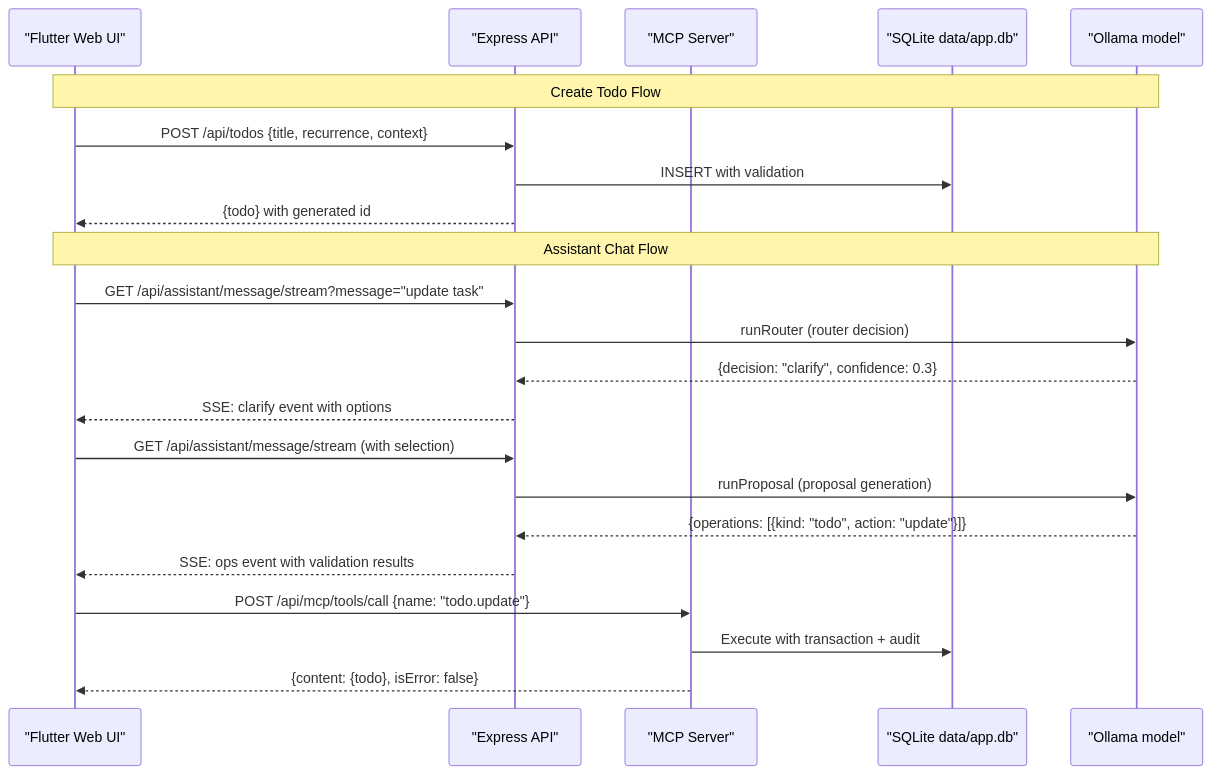
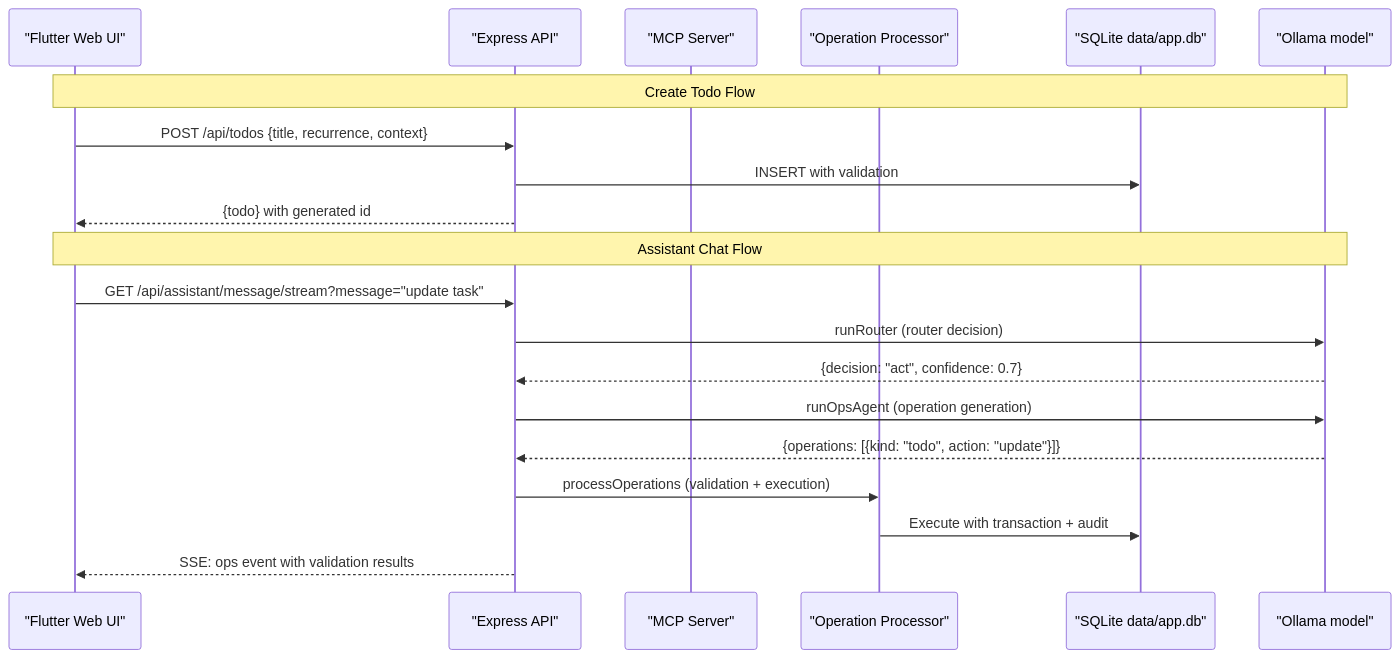
Before and after one commit to dantheman454/habit_app: the second of 2 diagrams in docs/mindmap/README.md, drawn with Mermaid. The commit also changed other lines of this file and 6 other files, not shown here.

````diff
--- a/docs/mindmap/README.md
+++ b/docs/mindmap/README.md
@@ -38,28 +40,24 @@
 ```mermaid
 sequenceDiagram
   participant UI as "Flutter Web UI"
   participant API as "Express API"
   participant MCP as "MCP Server"
+  participant OPS as "Operation Processor"
   participant DB as "SQLite data/app.db"
   participant LLM as "Ollama model"
 
   Note over UI,LLM: Create Todo Flow
   UI->>API: POST /api/todos {title, recurrence, context}
   API->>DB: INSERT with validation
   API-->>UI: {todo} with generated id
 
   Note over UI,LLM: Assistant Chat Flow
   UI->>API: GET /api/assistant/message/stream?message="update task"
   API->>LLM: runRouter (router decision)
-  LLM-->>API: {decision: "clarify", confidence: 0.3}
-  API-->>UI: SSE: clarify event with options
-  
-  UI->>API: GET /api/assistant/message/stream (with selection)
-  API->>LLM: runProposal (proposal generation)
+  LLM-->>API: {decision: "act", confidence: 0.7}
+  API->>LLM: runOpsAgent (operation generation)
   LLM-->>API: {operations: [{kind: "todo", action: "update"}]}
+  API->>OPS: processOperations (validation + execution)
+  OPS->>DB: Execute with transaction + audit
   API-->>UI: SSE: ops event with validation results
-  
-  UI->>MCP: POST /api/mcp/tools/call {name: "todo.update"}
-  MCP->>DB: Execute with transaction + audit
-  MCP-->>UI: {content: {todo}, isError: false}
 ```
````
